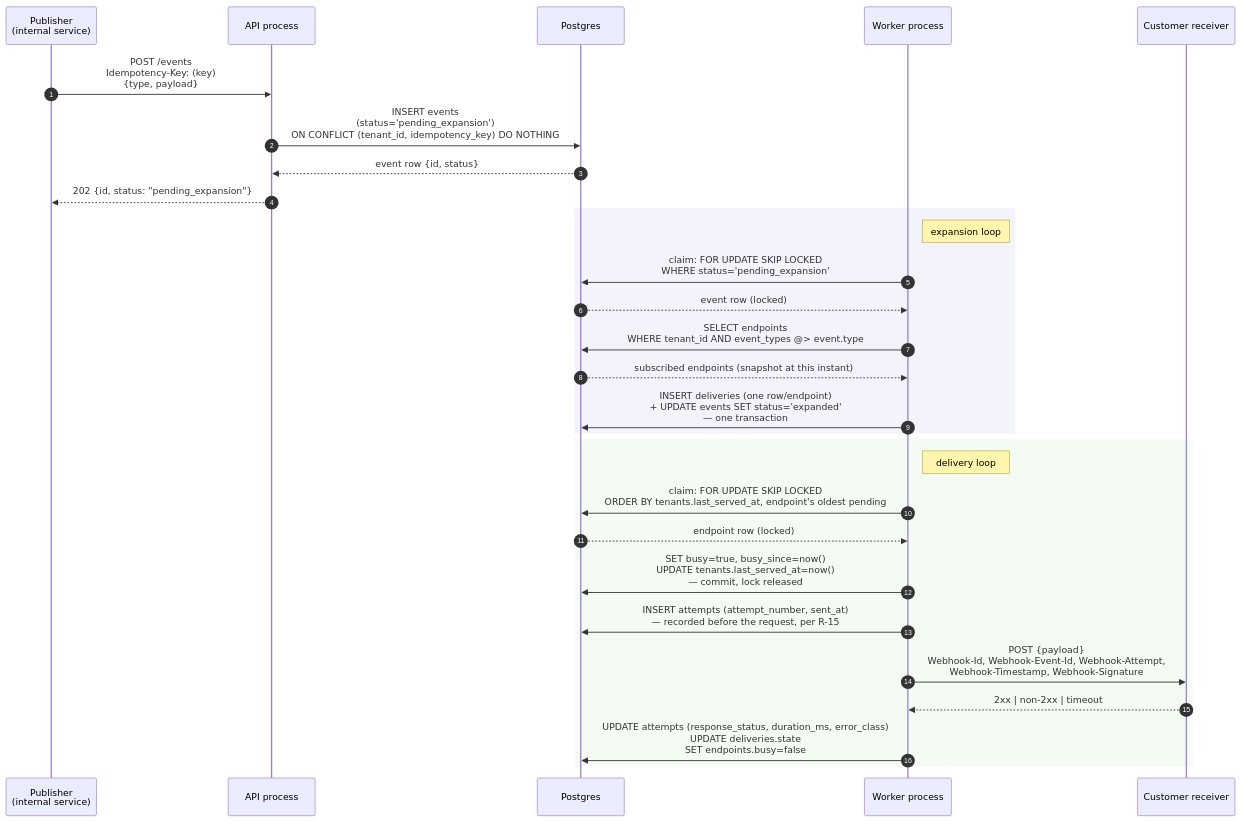
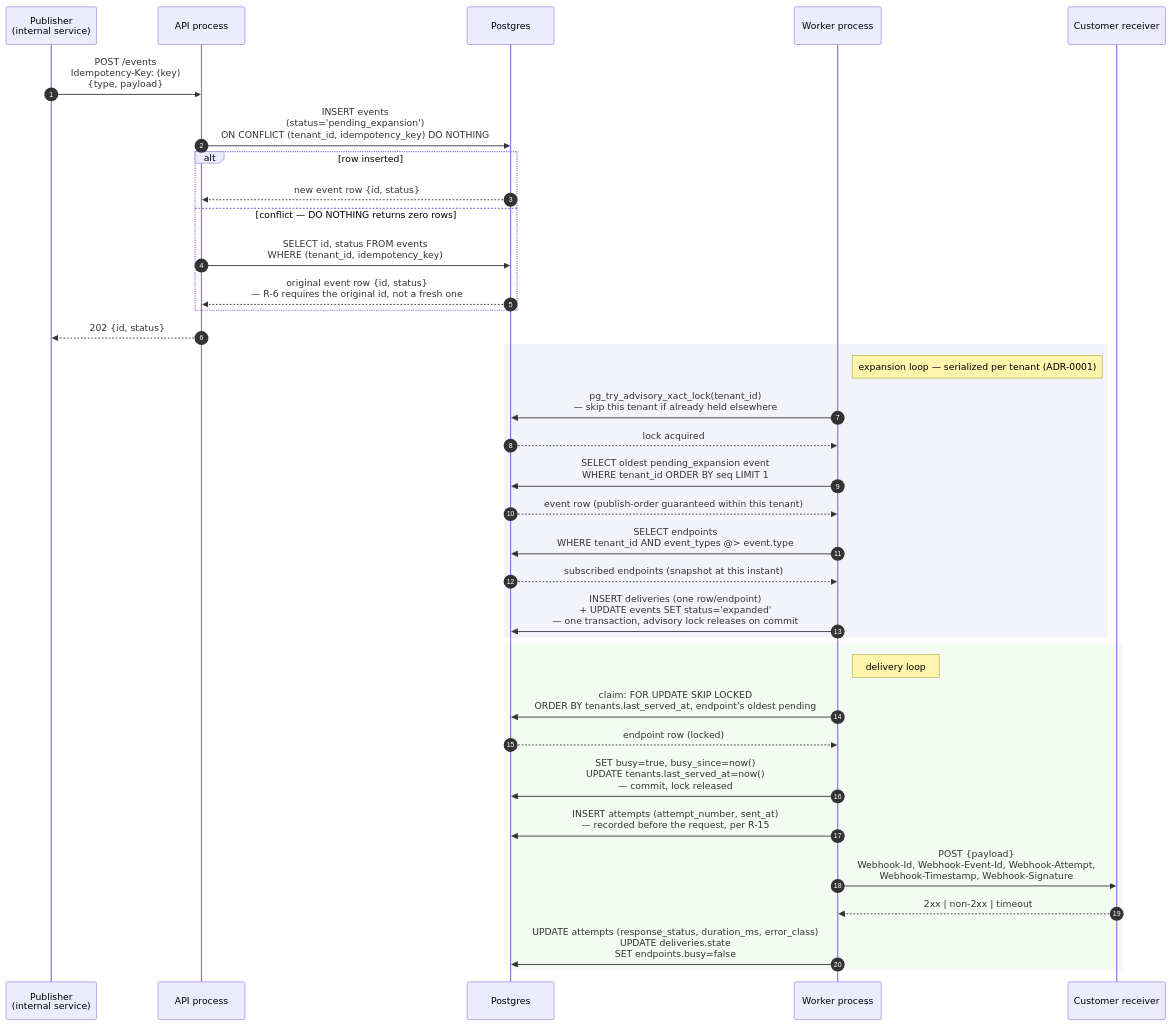
The third of 8 diagrams in ARCHITECTURE.md (hyetigran/st6_webhooks), drawn with Mermaid before and after one commit. The commit also changed other lines of this file and 37 other files, not shown here.

````diff
--- a/ARCHITECTURE.md
+++ b/ARCHITECTURE.md
@@ -155,34 +175,41 @@
 ```mermaid
 sequenceDiagram
     autonumber
     participant Pub as Publisher<br/>(internal service)
     participant API as API process
     participant DB as Postgres
     participant Worker as Worker process
     participant Recv as Customer receiver
 
     Pub->>API: POST /events<br/>Idempotency-Key: (key)<br/>{type, payload}
     API->>DB: INSERT events<br/>(status='pending_expansion')<br/>ON CONFLICT (tenant_id, idempotency_key) DO NOTHING
-    DB-->>API: event row {id, status}
-    API-->>Pub: 202 {id, status: "pending_expansion"}
+    alt row inserted
+    DB-->>API: new event row {id, status}
+    else conflict — DO NOTHING returns zero rows
+    API->>DB: SELECT id, status FROM events<br/>WHERE (tenant_id, idempotency_key)
+    DB-->>API: original event row {id, status}<br/>— R-6 requires the original id, not a fresh one
+    end
+    API-->>Pub: 202 {id, status}
 
     rect rgba(100,100,200,0.08)
-    note right of Worker: expansion loop
-    Worker->>DB: claim: FOR UPDATE SKIP LOCKED<br/>WHERE status='pending_expansion'
-    DB-->>Worker: event row (locked)
+    note right of Worker: expansion loop — serialized per tenant (ADR-0001)
+    Worker->>DB: pg_try_advisory_xact_lock(tenant_id)<br/>— skip this tenant if already held elsewhere
+    DB-->>Worker: lock acquired
+    Worker->>DB: SELECT oldest pending_expansion event<br/>WHERE tenant_id ORDER BY seq LIMIT 1
+    DB-->>Worker: event row (publish-order guaranteed within this tenant)
     Worker->>DB: SELECT endpoints<br/>WHERE tenant_id AND event_types @> event.type
     DB-->>Worker: subscribed endpoints (snapshot at this instant)
-    Worker->>DB: INSERT deliveries (one row/endpoint)<br/>+ UPDATE events SET status='expanded'<br/>— one transaction
+    Worker->>DB: INSERT deliveries (one row/endpoint)<br/>+ UPDATE events SET status='expanded'<br/>— one transaction, advisory lock releases on commit
     end
 
     rect rgba(100,200,100,0.08)
     note right of Worker: delivery loop
     Worker->>DB: claim: FOR UPDATE SKIP LOCKED<br/>ORDER BY tenants.last_served_at, endpoint's oldest pending
     DB-->>Worker: endpoint row (locked)
     Worker->>DB: SET busy=true, busy_since=now()<br/>UPDATE tenants.last_served_at=now()<br/>— commit, lock released
     Worker->>DB: INSERT attempts (attempt_number, sent_at)<br/>— recorded before the request, per R-15
     Worker->>Recv: POST {payload}<br/>Webhook-Id, Webhook-Event-Id, Webhook-Attempt,<br/>Webhook-Timestamp, Webhook-Signature
     Recv-->>Worker: 2xx | non-2xx | timeout
     Worker->>DB: UPDATE attempts (response_status, duration_ms, error_class)<br/>UPDATE deliveries.state<br/>SET endpoints.busy=false
     end
 ```
````
